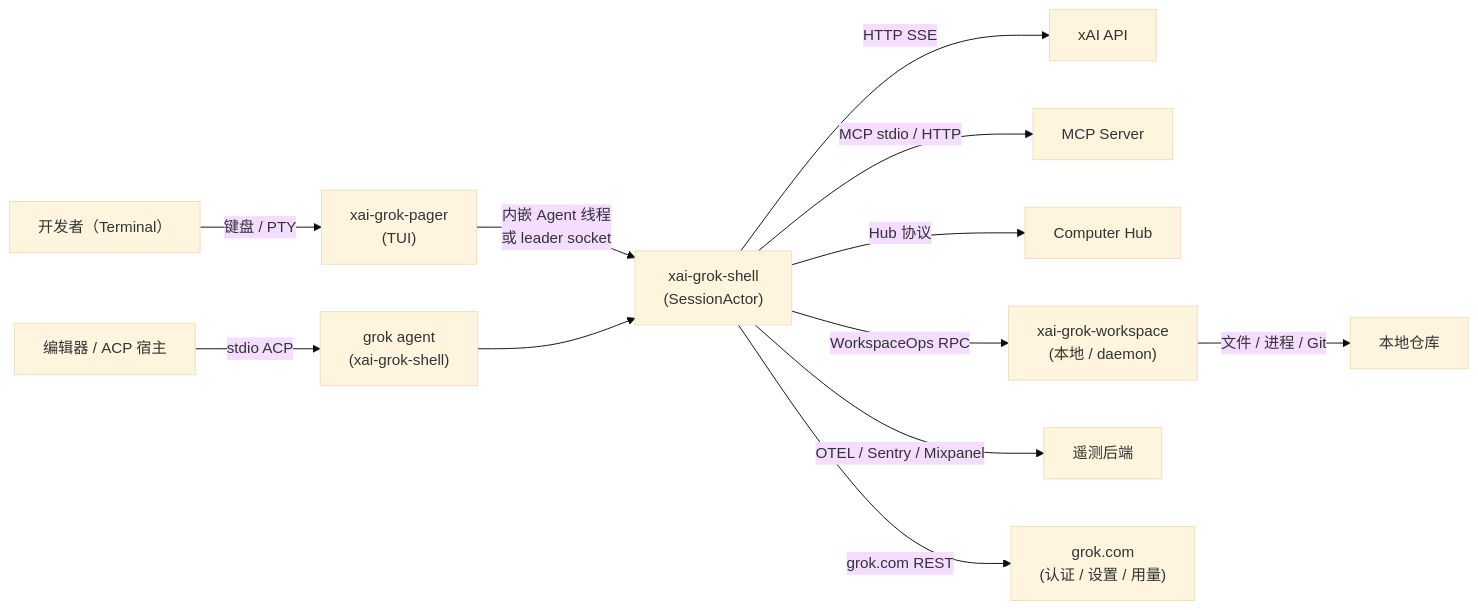
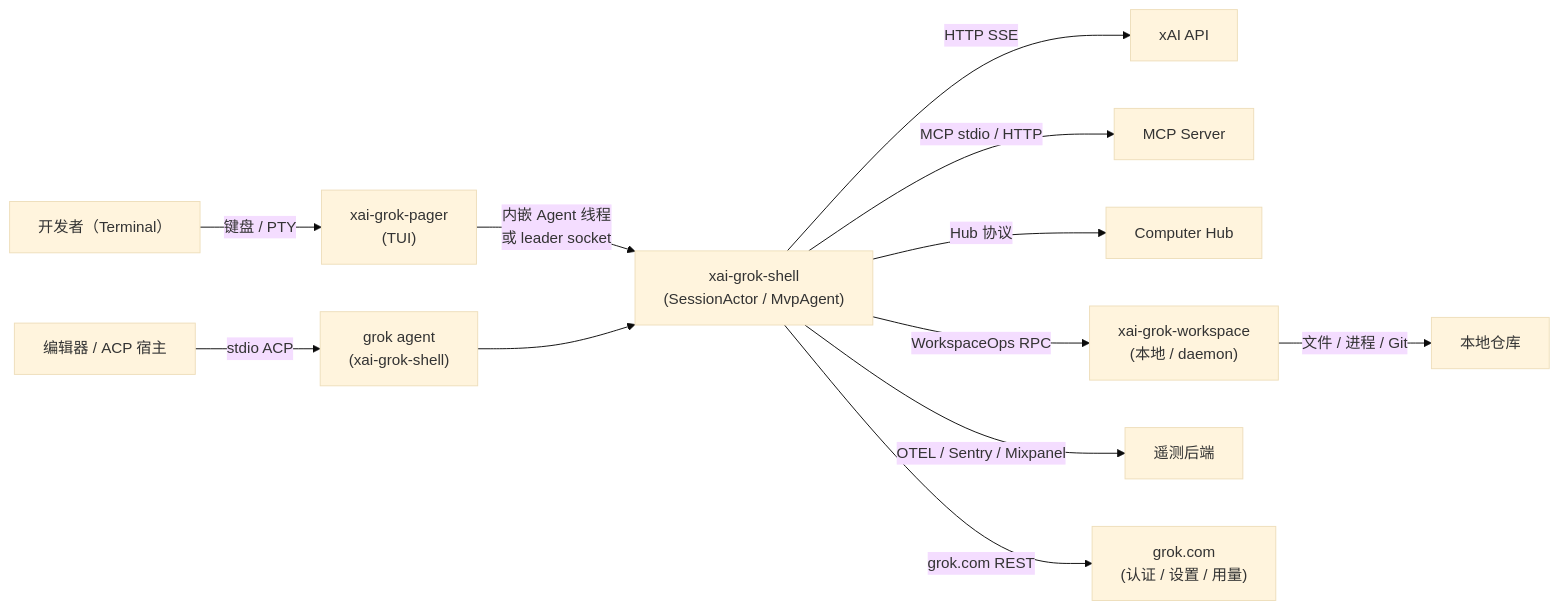
The first of 3 diagrams in docs/adrian/sourceReader/01-简单框架-系统骨架.md (adrian9778/grok-build), drawn with Mermaid (base theme) before and after one commit. The commit also changed other lines of this file and 18 other files, not shown here.

````diff
--- a/docs/adrian/sourceReader/01-简单框架-系统骨架.md
+++ b/docs/adrian/sourceReader/01-简单框架-系统骨架.md
@@ -40,14 +40,14 @@
 ```mermaid
 flowchart LR
     DEV["开发者（Terminal）"] -->|键盘 / PTY| PAGER["xai-grok-pager\n(TUI)"]
     EDITOR["编辑器 / ACP 宿主"] -->|stdio ACP| AGENT["grok agent\n(xai-grok-shell)"]
-    PAGER -->|"内嵌 Agent 线程\n或 leader socket"| SHELL["xai-grok-shell\n(SessionActor)"]
+    PAGER -->|"内嵌 Agent 线程\n或 leader socket"| SHELL["xai-grok-shell\n(SessionActor / MvpAgent)"]
     AGENT --> SHELL
     SHELL -->|"HTTP SSE"| XAI["xAI API"]
     SHELL -->|"MCP stdio / HTTP"| MCP["MCP Server"]
     SHELL -->|"Hub 协议"| HUB["Computer Hub"]
     SHELL -->|"WorkspaceOps RPC"| WS["xai-grok-workspace\n(本地 / daemon)"]
     WS -->|"文件 / 进程 / Git"| REPO["本地仓库"]
     SHELL -->|"OTEL / Sentry / Mixpanel"| TELE["遥测后端"]
     SHELL -->|"grok.com REST"| GROKCOM["grok.com\n(认证 / 设置 / 用量)"]
 ```
````
